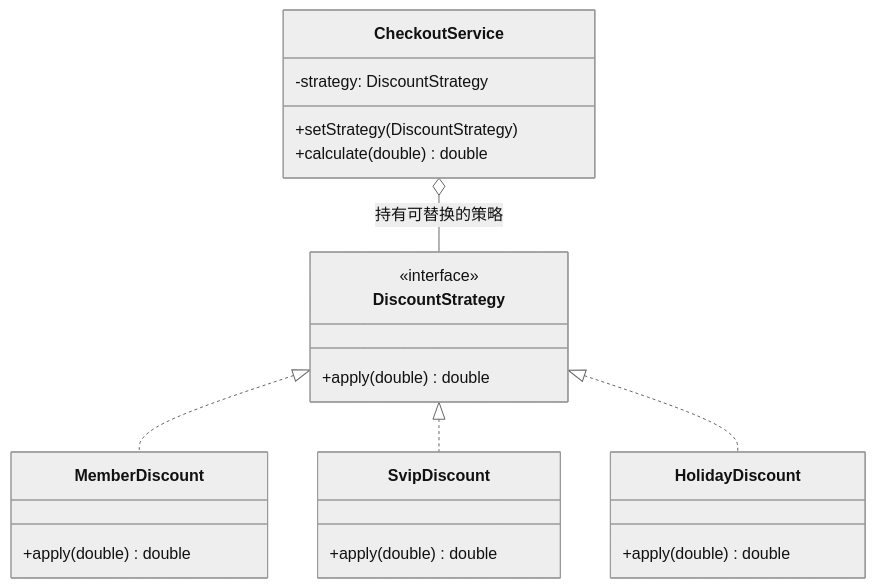
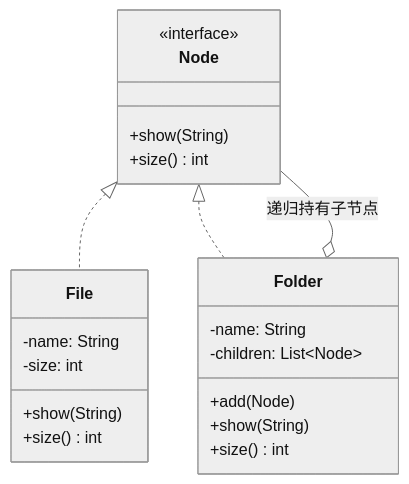
Before and after one commit to ZackKingS/Software-Design-Patterns: the diagram in chapter_12.md, drawn with Mermaid (neutral theme). The commit also changed other lines of this file and 27 other files, not shown here.

````diff
--- a/chapter_12.md
+++ b/chapter_12.md
@@ -95,25 +88,24 @@
 ```mermaid
 classDiagram
-    class DiscountStrategy {
+    class Node {
         <<interface>>
-        +apply(double) double
+        +show(String)
+        +size() int
     }
-    class MemberDiscount {
-        +apply(double) double
+    class File {
+        -name: String
+        -size: int
+        +show(String)
+        +size() int
     }
-    class SvipDiscount {
-        +apply(double) double
+    class Folder {
+        -name: String
+        -children: List~Node~
+        +add(Node)
+        +show(String)
+        +size() int
     }
-    class HolidayDiscount {
-        +apply(double) double
-    }
-    class CheckoutService {
-        -strategy: DiscountStrategy
-        +setStrategy(DiscountStrategy)
-        +calculate(double) double
-    }
-    DiscountStrategy <|.. MemberDiscount
-    DiscountStrategy <|.. SvipDiscount
-    DiscountStrategy <|.. HolidayDiscount
-    CheckoutService o-- DiscountStrategy : 持有可替换的策略
+    Node <|.. File
+    Node <|.. Folder
+    Folder o-- Node : 递归持有子节点
 ```
````
